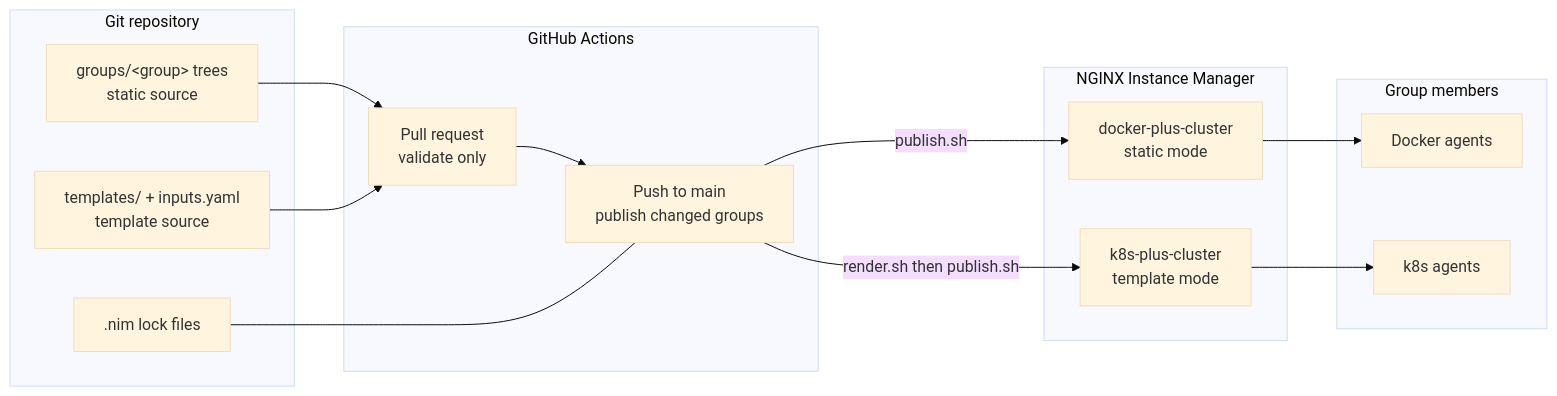
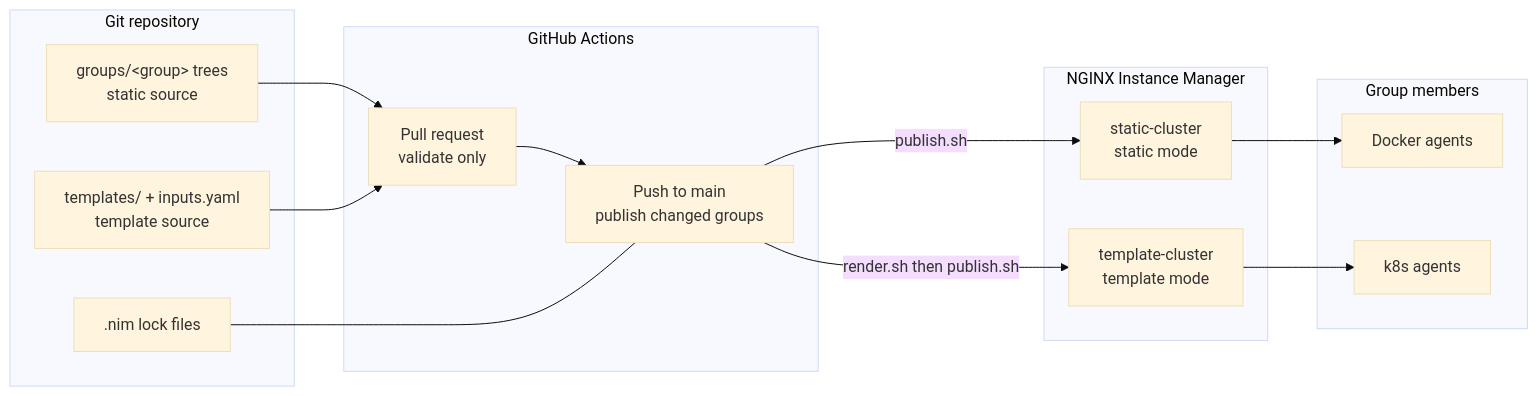
One commit to keskinege/nginx-config-automation changed the first of 4 diagrams in docs/workflow.md. Above: the diagram before and after it, drawn with Mermaid (base theme). The commit also changed other lines of this file and 21 other files, not shown here.

First line of the commit message:
refactor: rename instance groups to static-cluster and template-cluster (#8)

````diff
--- a/docs/workflow.md
+++ b/docs/workflow.md
@@ -24,32 +24,32 @@
 ```mermaid
 flowchart LR
     subgraph repo["Git repository"]
         S["groups/&lt;group&gt; trees<br/>static source"]
         T["templates/ + inputs.yaml<br/>template source"]
         L[".nim lock files"]
     end
 
     subgraph ci["GitHub Actions"]
         PR["Pull request<br/>validate only"]
         PUB["Push to main<br/>publish changed groups"]
     end
 
     subgraph nim["NGINX Instance Manager"]
-        G1["docker-plus-cluster<br/>static mode"]
-        G2["k8s-plus-cluster<br/>template mode"]
+        G1["static-cluster<br/>static mode"]
+        G2["template-cluster<br/>template mode"]
     end
 
     subgraph members["Group members"]
         D["Docker agents"]
         K["k8s agents"]
     end
 
     S --> PR
     T --> PR
     PR --> PUB
     PUB -->|publish.sh| G1
     PUB -->|render.sh then publish.sh| G2
     L --- PUB
     G1 --> D
     G2 --> K
 ```
````
